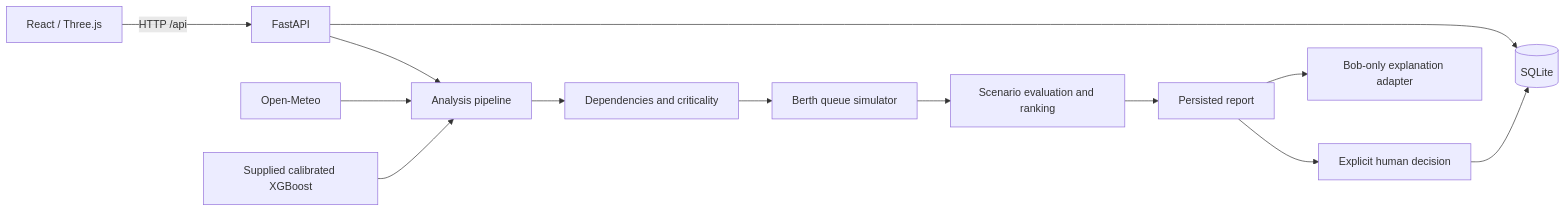
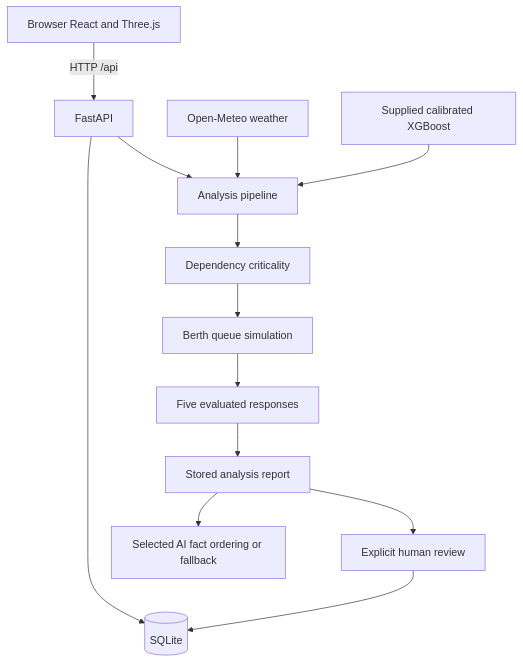
Before and after one commit to parth-0702/bob-ai-hackathon-arjuna: the diagram in docs/architecture.md, drawn with Mermaid. The commit also changed other lines of this file and 11 other files, not shown here.

````diff
--- a/docs/architecture.md
+++ b/docs/architecture.md
@@ -7,15 +7,15 @@
 ```mermaid
-flowchart LR
- UI[React / Three.js] -->|HTTP /api| API[FastAPI]
- API --> DB[(SQLite)]
- API --> P[Analysis pipeline]
- W[Open-Meteo] --> P
- M[Supplied calibrated XGBoost] --> P
- P --> D[Dependencies and criticality]
- D --> Q[Berth queue simulator]
- Q --> S[Scenario evaluation and ranking]
- S --> R[Persisted report]
- R --> B[Bob-only explanation adapter]
- R --> H[Explicit human decision]
- H --> DB
+flowchart TD
+    UI[Browser React and Three.js] -->|HTTP /api| API[FastAPI]
+    API --> DB[(SQLite)]
+    API --> P[Analysis pipeline]
+    W[Open-Meteo weather] --> P
+    M[Supplied calibrated XGBoost] --> P
+    P --> D[Dependency criticality]
+    D --> Q[Berth queue simulation]
+    Q --> S[Five evaluated responses]
+    S --> R[Stored analysis report]
+    R --> E[Selected AI fact ordering or fallback]
+    R --> H[Explicit human review]
+    H --> DB
 ```
````
